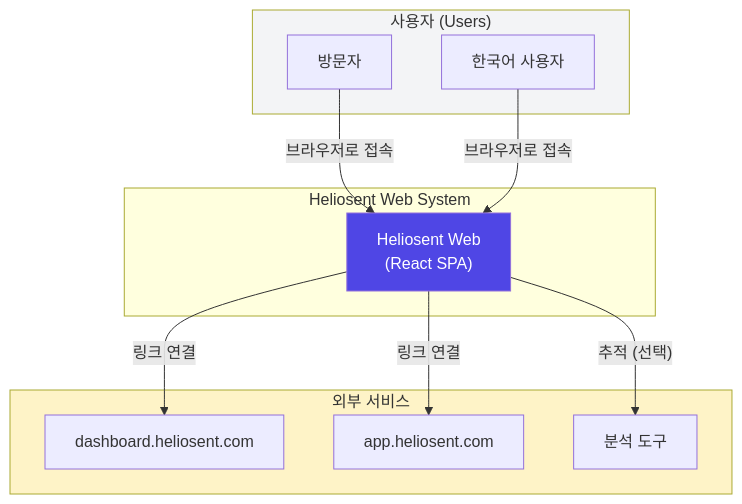
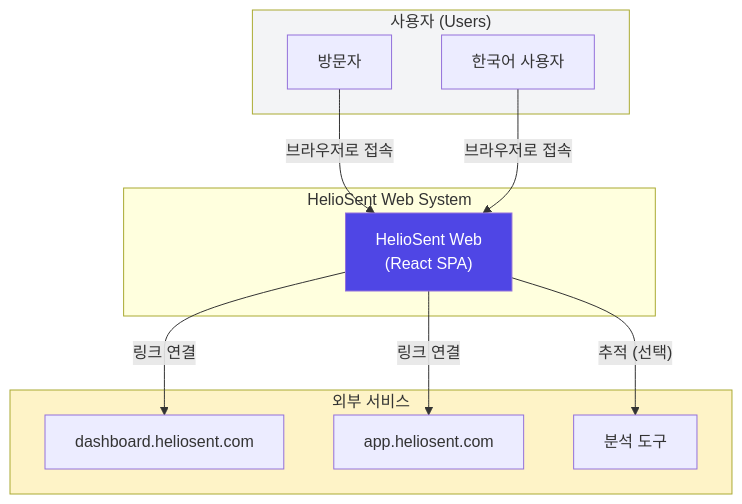
Before and after one commit to hsleedevelop/heliosent-web: the first of 7 diagrams in docs/architecture-diagrams.md, drawn with Mermaid. The commit also changed other lines of this file and 13 other files, not shown here.

Commit message:
fix: Correct spelling of "Heliosent" to "HelioSent" across multiple files for consistency

````diff
--- a/docs/architecture-diagrams.md
+++ b/docs/architecture-diagrams.md
@@ -5,27 +5,27 @@
 ```mermaid
 flowchart TB
     subgraph Users["사용자 (Users)"]
         Visitor[방문자]
         KoreanUser[한국어 사용자]
     end
 
-    subgraph System["Heliosent Web System"]
-        Frontend["Heliosent Web<br/>(React SPA)"]
+    subgraph System["HelioSent Web System"]
+        Frontend["HelioSent Web<br/>(React SPA)"]
     end
 
     subgraph External["외부 서비스"]
         Dashboard["dashboard.heliosent.com"]
         AppService["app.heliosent.com"]
         Analytics["분석 도구"]
     end
 
     Visitor -->|"브라우저로 접속"| Frontend
     KoreanUser -->|"브라우저로 접속"| Frontend
     Frontend -->|"링크 연결"| Dashboard
     Frontend -->|"링크 연결"| AppService
     Frontend -->|"추적 (선택)"| Analytics
 
     style Frontend fill:#4f46e5,color:#fff
     style Users fill:#f3f4f6
     style External fill:#fef3c7
 ```
````
